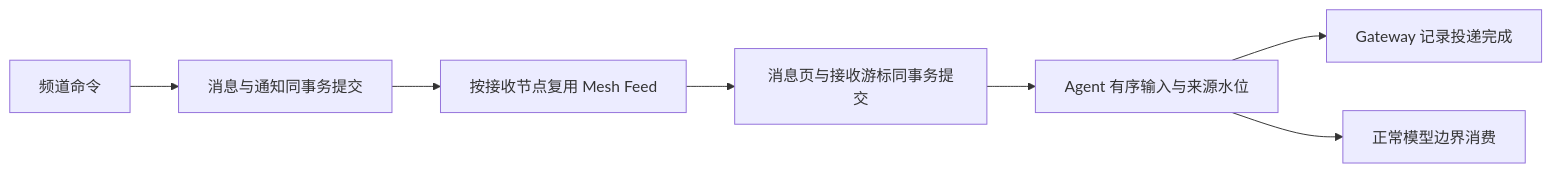
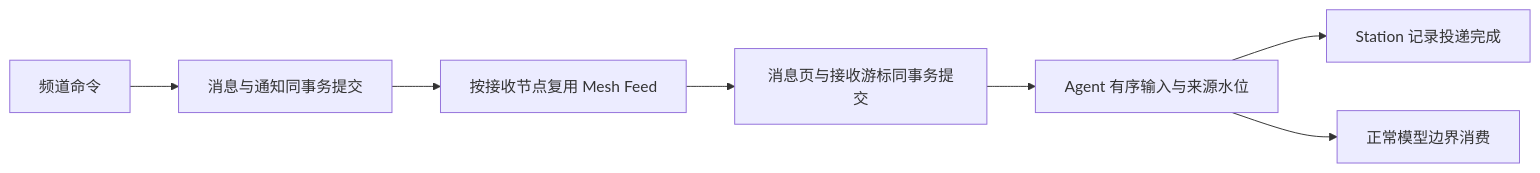
Before and after one commit to HOOLC/open-worker: the diagram in docs/chat-tools-design.md, drawn with Mermaid. The commit also changed other lines of this file and 195 other files, not shown here.

Commit message:
Rename Gateway to Station and refresh Zork project identity

````diff
--- a/docs/chat-tools-design.md
+++ b/docs/chat-tools-design.md
@@ -137,9 +137,9 @@
 ```mermaid
 flowchart LR
   Send[频道命令] --> Commit[消息与通知同事务提交]
   Commit --> Stream[按接收节点复用 Mesh Feed]
   Stream --> Inbox[消息页与接收游标同事务提交]
   Inbox --> Input[Agent 有序输入与来源水位]
-  Input --> Receipt[Gateway 记录投递完成]
+  Input --> Receipt[Station 记录投递完成]
   Input --> Turn[正常模型边界消费]
 ```
````
